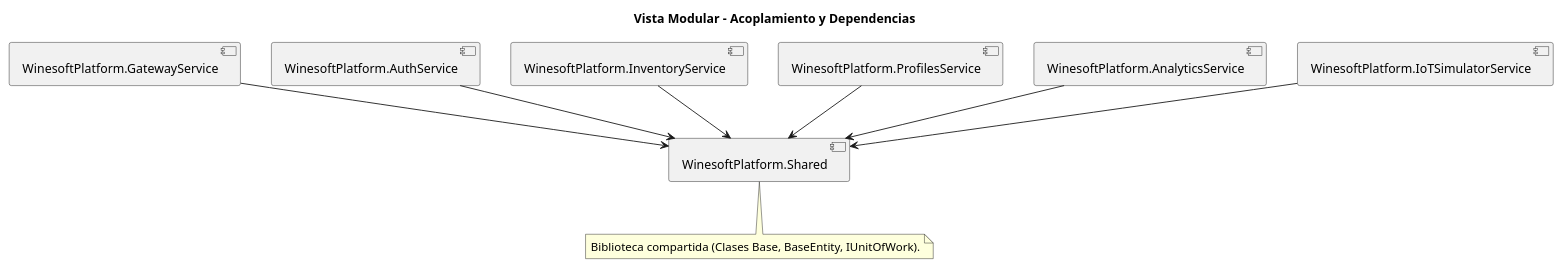
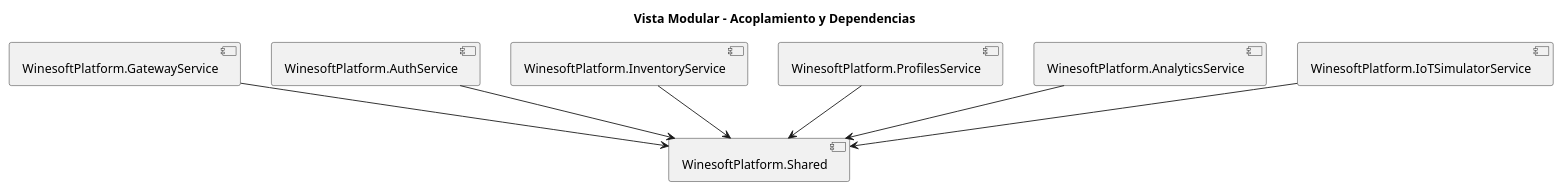
Diagram 19 of 21 in docs/architecture/Diagramas.md (1ASI0657-2610-7940-Vintara/Vintara-backend), drawn with PlantUML before and after one commit. The commit also changed other lines of this file and 21 other files, not shown here.

Commit message:
docs: add local PNG files and link them in Diagramas.md

````diff
--- a/docs/architecture/Diagramas.md
+++ b/docs/architecture/Diagramas.md
@@ -816,17 +830,13 @@
 ```plantuml
 @startuml
 title Vista Modular - Acoplamiento y Dependencias
 
 [WinesoftPlatform.GatewayService] --> [WinesoftPlatform.Shared]
 [WinesoftPlatform.AuthService] --> [WinesoftPlatform.Shared]
 [WinesoftPlatform.InventoryService] --> [WinesoftPlatform.Shared]
 [WinesoftPlatform.ProfilesService] --> [WinesoftPlatform.Shared]
 [WinesoftPlatform.AnalyticsService] --> [WinesoftPlatform.Shared]
 [WinesoftPlatform.IoTSimulatorService] --> [WinesoftPlatform.Shared]
 
-note bottom of [WinesoftPlatform.Shared]
-  Biblioteca compartida (Clases Base, BaseEntity, IUnitOfWork).
-end note
-
 @enduml
 ```
````
